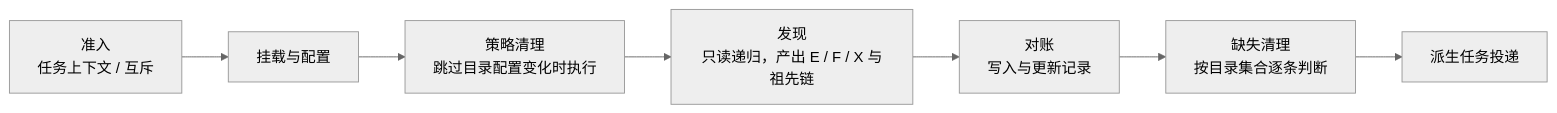
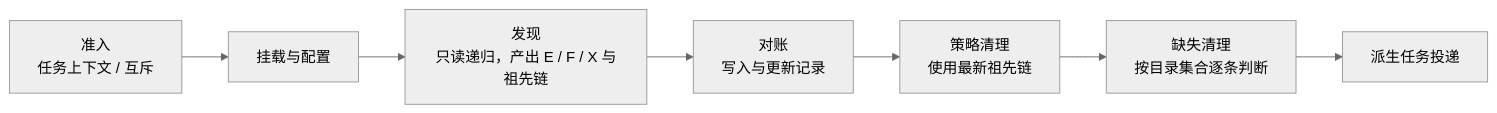
The diagram in backend/docs/SCAN_CLEANUP.md (BAIBAIGE/91), drawn with Mermaid (neutral theme) before and after one commit. The commit also changed other lines of this file and 9 other files, not shown here.

````diff
--- a/backend/docs/SCAN_CLEANUP.md
+++ b/backend/docs/SCAN_CLEANUP.md
@@ -85,9 +86,9 @@
 ```mermaid
 flowchart LR
     A["准入<br/>任务上下文 / 互斥"] --> B["挂载与配置"]
-    B --> C["策略清理<br/>跳过目录配置变化时执行"]
-    C --> D["发现<br/>只读递归，产出 E / F / X 与祖先链"]
-    D --> E["对账<br/>写入与更新记录"]
+    B --> C["发现<br/>只读递归，产出 E / F / X 与祖先链"]
+    C --> D["对账<br/>写入与更新记录"]
+    D --> E["策略清理<br/>使用最新祖先链"]
     E --> F["缺失清理<br/>按目录集合逐条判断"]
     F --> G["派生任务投递"]
 ```
````
